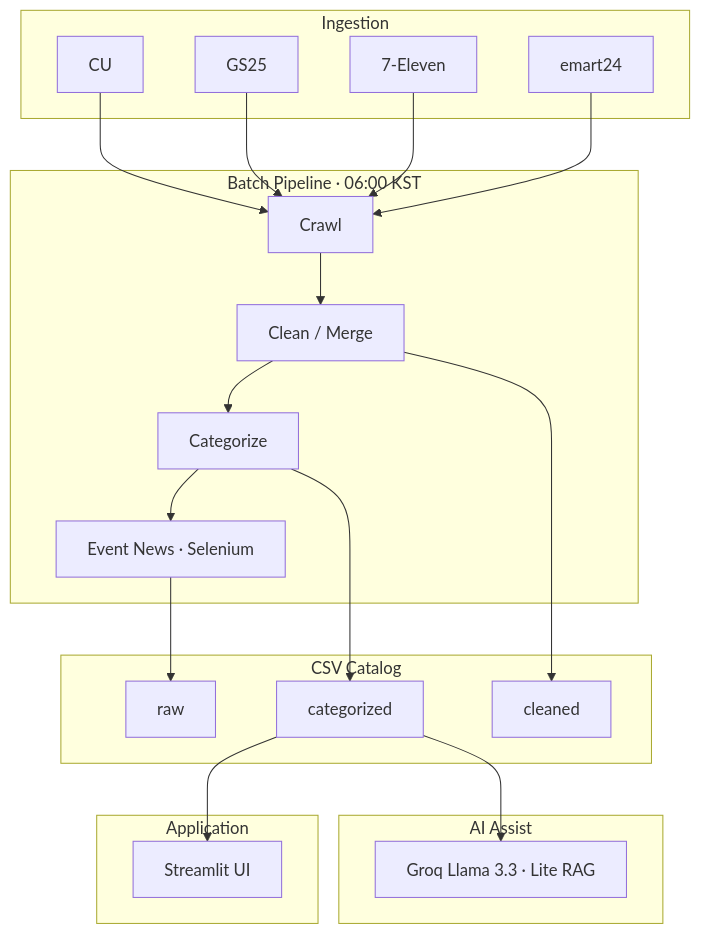
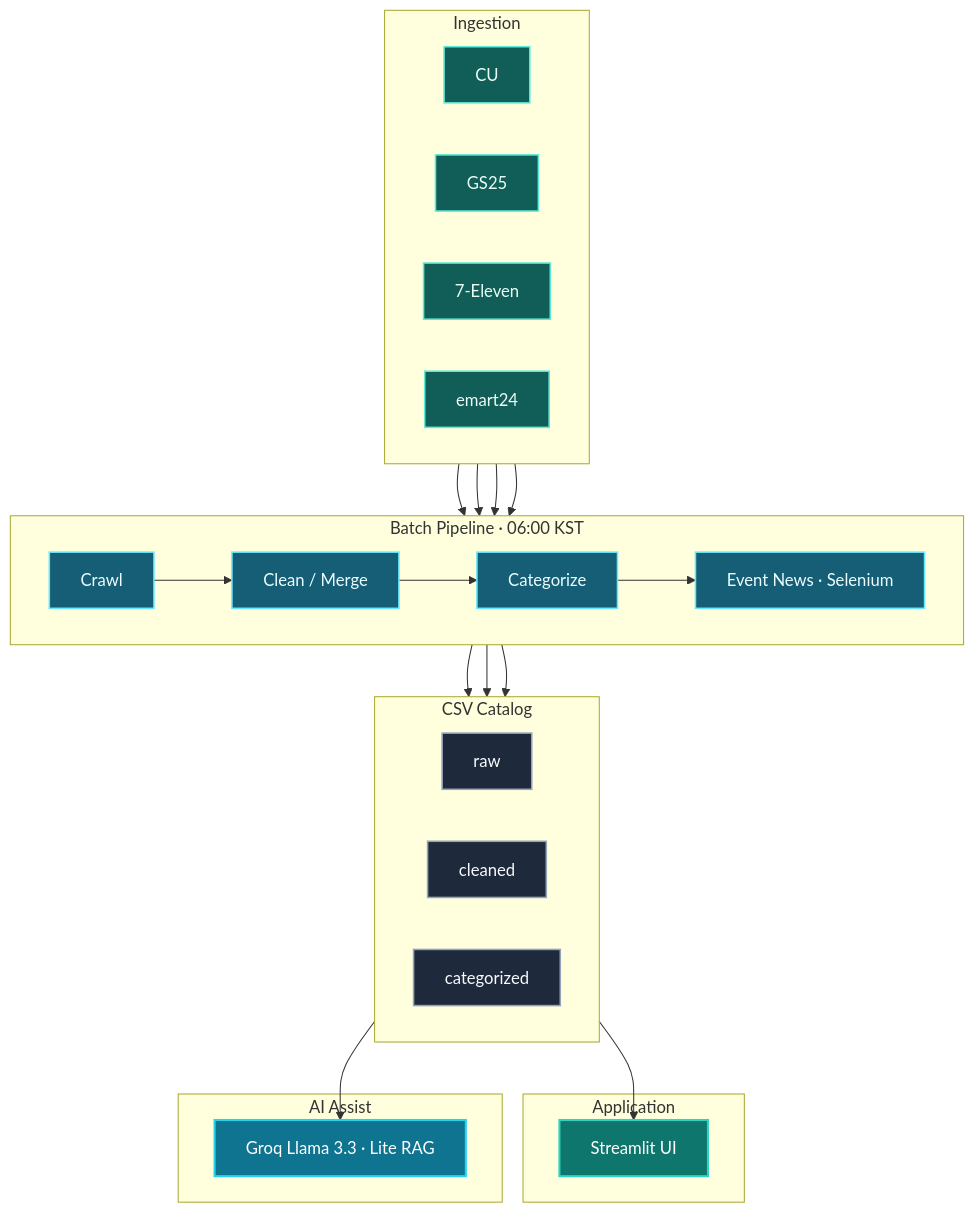
One commit to Hyeonseok93/SK-Rookies5-MINI1_CVS-EVENT-COMPARATOR changed the diagram in README.md. Above: the diagram before and after it, drawn with Mermaid.

Commit message:
Style Mermaid architecture nodes with teal class colors.

````diff
--- a/README.md
+++ b/README.md
@@ -238,39 +238,46 @@
 ```mermaid
 flowchart TB
+  classDef brand fill:#115E59,stroke:#5EEAD4,color:#ECFDF5,stroke-width:1.5px
+  classDef step fill:#155E75,stroke:#67E8F9,color:#ECFEFF,stroke-width:1.5px
+  classDef store fill:#1E293B,stroke:#94A3B8,color:#F8FAFC,stroke-width:1.5px
+  classDef ui fill:#0F766E,stroke:#2DD4BF,color:#FFFFFF,stroke-width:2px
+  classDef llm fill:#0E7490,stroke:#22D3EE,color:#FFFFFF,stroke-width:2px
+
   subgraph Ingest["Ingestion"]
-    CU
-    GS25
-    Seven["7-Eleven"]
-    Emart["emart24"]
+    direction LR
+    CU:::brand
+    GS25:::brand
+    Seven["7-Eleven"]:::brand
+    Emart["emart24"]:::brand
   end
 
   subgraph Batch["Batch Pipeline · 06:00 KST"]
-    Crawl --> Clean["Clean / Merge"]
-    Clean --> Categorize
-    Categorize --> News["Event News · Selenium"]
+    direction LR
+    Crawl:::step --> Clean["Clean / Merge"]:::step --> Categorize:::step --> News["Event News · Selenium"]:::step
   end
 
-  subgraph Data["CSV Catalog"]
-    Raw["raw"]
-    Cleaned["cleaned"]
-    Categorized["categorized"]
+  subgraph Catalog["CSV Catalog"]
+    direction LR
+    Raw["raw"]:::store
+    Cleaned["cleaned"]:::store
+    Categorized["categorized"]:::store
   end
 
   subgraph App["Application"]
-    Streamlit["Streamlit UI"]
+    Streamlit["Streamlit UI"]:::ui
   end
 
   subgraph AI["AI Assist"]
-    Groq["Groq Llama 3.3 · Lite RAG"]
+    Groq["Groq Llama 3.3 · Lite RAG"]:::llm
   end
 
   CU --> Crawl
   GS25 --> Crawl
   Seven --> Crawl
   Emart --> Crawl
   News --> Raw
   Clean --> Cleaned
   Categorize --> Categorized
   Categorized --> Streamlit
   Categorized --> Groq
 ```
````
